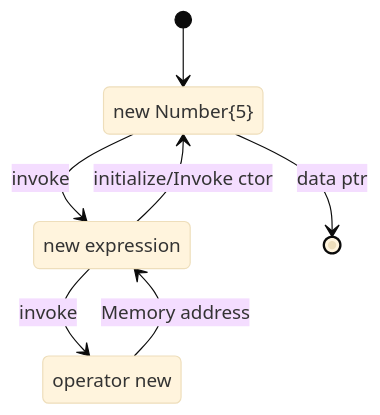
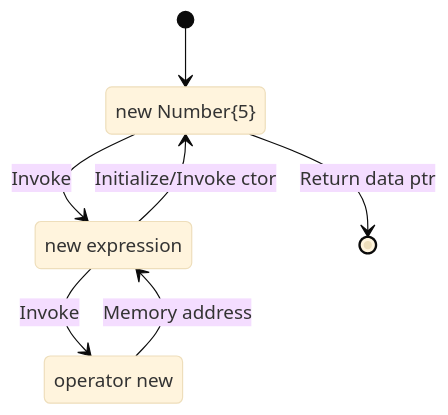
The diagram in _posts/2023-05-25-cpp-memory-allocation.md (IdioticProgramApe/IdioticProgramApe.github.io), drawn with Mermaid (base theme) before and after one commit.

````diff
--- a/_posts/2023-05-25-cpp-memory-allocation.md
+++ b/_posts/2023-05-25-cpp-memory-allocation.md
@@ -37,13 +37,13 @@
 ```mermaid
 stateDiagram-v2
 	newNumber: new Number{5}
 	newExpression: new expression
 	operatorNew: operator new
 	
 	[*] --> newNumber
-	newNumber --> newExpression: invoke
-	newExpression --> operatorNew: invoke
-	operatorNew --> newExpression: Memory address
-	newExpression --> newNumber: initialize/Invoke ctor
-	newNumber --> [*]: data ptr
+	newNumber --> newExpression : Invoke
+	newExpression --> operatorNew : Invoke
+	operatorNew --> newExpression : Memory address
+	newExpression --> newNumber : Initialize/Invoke ctor
+	newNumber --> [*]: Return data ptr
 ```
````
